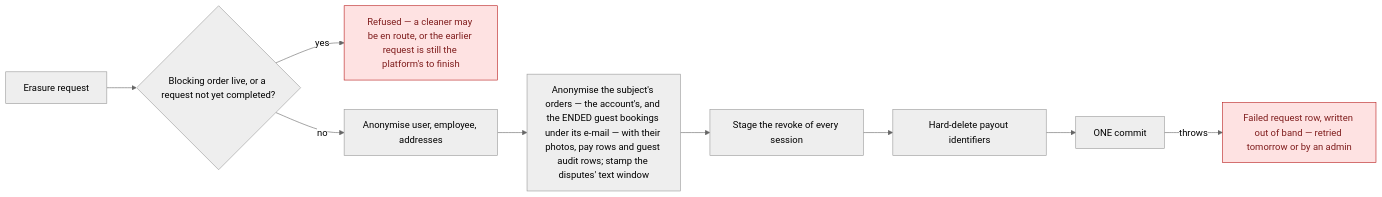
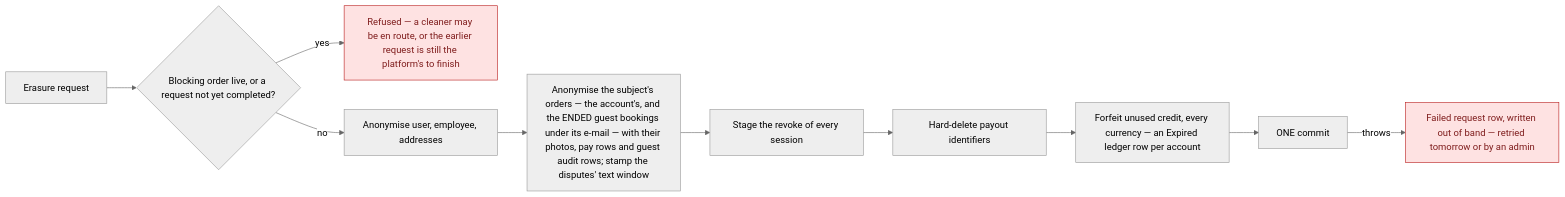
Before and after one commit to VM-s-Solutions/cleansia: the first of 2 diagrams in docs/flows/gdpr-and-audit.md, drawn with Mermaid (neutral theme). The commit also changed other lines of this file and 24 other files, not shown here.

````diff
--- a/docs/flows/gdpr-and-audit.md
+++ b/docs/flows/gdpr-and-audit.md
@@ -11,14 +11,15 @@
 ```mermaid
 flowchart LR
   A[Erasure request] --> B{Blocking order live, or a request not yet completed?}
   B -- yes --> C[Refused — a cleaner may be en route, or the earlier request is still the platform's to finish]
   B -- no --> D[Anonymise user, employee, addresses]
   D --> E["Anonymise the subject's orders — the account's, and the ENDED guest bookings under its e-mail — with their photos, pay rows and guest audit rows; stamp the disputes' text window"]
   E --> F[Stage the revoke of every session]
   F --> G[Hard-delete payout identifiers]
-  G --> H[ONE commit]
+  G --> K["Forfeit unused credit, every currency — an Expired ledger row per account"]
+  K --> H[ONE commit]
   H -- throws --> X[Failed request row, written out of band — retried tomorrow or by an admin]
 
   classDef stop fill:#fee2e2,stroke:#b91c1c,color:#7f1d1d
   class C,X stop
 ```
````
